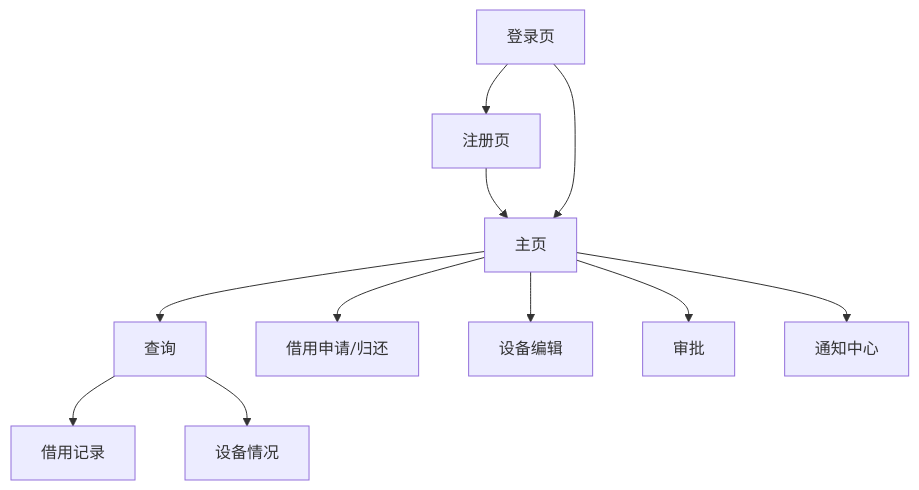
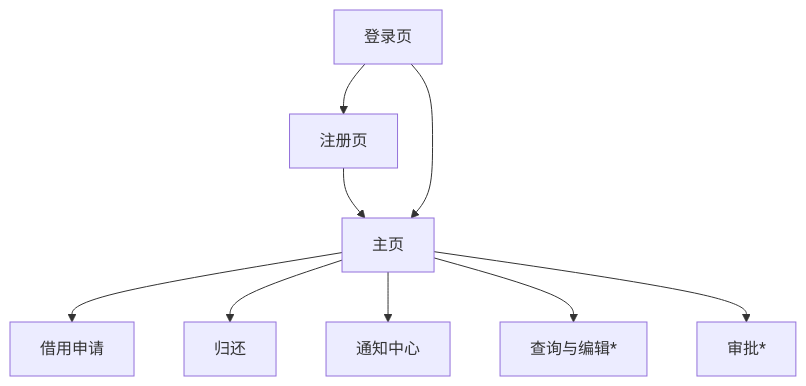
The second of 2 diagrams in README.md (darrindeyoung791/equipment_mgr), drawn with Mermaid before and after one commit. The commit also changed other lines of this file and 19 other files, not shown here.

````diff
--- a/README.md
+++ b/README.md
@@ -123,13 +243,12 @@
 ```mermaid
 graph TD
 登录页-->注册页
 注册页-->主页
 登录页-->主页
-主页-->查询
-主页-->借用申请/归还
-主页-->设备编辑
-主页-->审批
+主页-->借用申请
+主页-->归还
 主页-->通知中心
-查询-->借用记录
-查询-->设备情况
+主页-->查询与编辑*
+主页-->审批*
+
 ```
````
